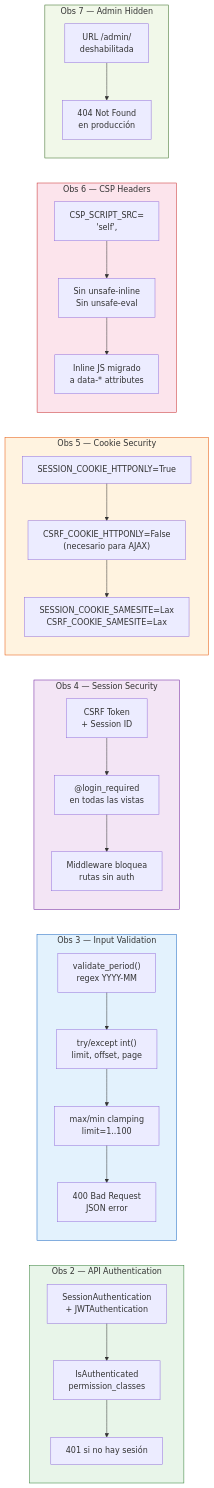
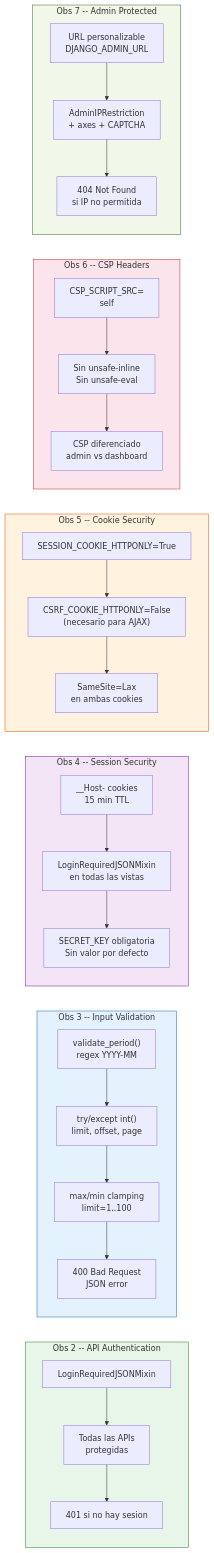
One commit to EstebanCabreraArbizu/DS_Asigando-Vs-Servicio-Vivo changed the second of 3 diagrams in docs/SECURITY_HARDENING.md. Above: the diagram before and after it, drawn with Mermaid. The commit also changed other lines of this file and 5 other files, not shown here.

````diff
--- a/docs/SECURITY_HARDENING.md
+++ b/docs/SECURITY_HARDENING.md
@@ -54,39 +64,40 @@
 ```mermaid
 flowchart LR
-    subgraph OBS2["Obs 2 — API Authentication"]
-        A1["SessionAuthentication\n+ JWTAuthentication"] --> A2["IsAuthenticated\npermission_classes"]
-        A2 --> A3["401 si no hay sesión"]
+    subgraph OBS2["Obs 2 -- API Authentication"]
+        A1["LoginRequiredJSONMixin"] --> A2["Todas las APIs\nprotegidas"]
+        A2 --> A3["401 si no hay sesion"]
     end
 
-    subgraph OBS3["Obs 3 — Input Validation"]
+    subgraph OBS3["Obs 3 -- Input Validation"]
         B1["validate_period()\nregex YYYY-MM"] --> B2["try/except int()\nlimit, offset, page"]
         B2 --> B3["max/min clamping\nlimit=1..100"]
         B3 --> B4["400 Bad Request\nJSON error"]
     end
 
-    subgraph OBS4["Obs 4 — Session Security"]
-        C1["CSRF Token\n+ Session ID"] --> C2["@login_required\nen todas las vistas"]
-        C2 --> C3["Middleware bloquea\nrutas sin auth"]
+    subgraph OBS4["Obs 4 -- Session Security"]
+        C1["__Host- cookies\n15 min TTL"] --> C2["LoginRequiredJSONMixin\nen todas las vistas"]
+        C2 --> C3["SECRET_KEY obligatoria\nSin valor por defecto"]
     end
 
-    subgraph OBS5["Obs 5 — Cookie Security"]
+    subgraph OBS5["Obs 5 -- Cookie Security"]
         D1["SESSION_COOKIE_HTTPONLY=True"] --> D2["CSRF_COOKIE_HTTPONLY=False\n(necesario para AJAX)"]
-        D2 --> D3["SESSION_COOKIE_SAMESITE=Lax\nCSRF_COOKIE_SAMESITE=Lax"]
+        D2 --> D3["SameSite=Lax\nen ambas cookies"]
     end
 
-    subgraph OBS6["Obs 6 — CSP Headers"]
-        E1["CSP_SCRIPT_SRC=\n'self',"] --> E2["Sin unsafe-inline\nSin unsafe-eval"]
-        E2 --> E3["Inline JS migrado\na data-* attributes"]
+    subgraph OBS6["Obs 6 -- CSP Headers"]
+        E1["CSP_SCRIPT_SRC=\nself"] --> E2["Sin unsafe-inline\nSin unsafe-eval"]
+        E2 --> E3["CSP diferenciado\nadmin vs dashboard"]
     end
 
-    subgraph OBS7["Obs 7 — Admin Hidden"]
-        F1["URL /admin/\ndeshabilitada"] --> F2["404 Not Found\nen producción"]
+    subgraph OBS7["Obs 7 -- Admin Protected"]
+        F1["URL personalizable\nDJANGO_ADMIN_URL"] --> F2["AdminIPRestriction\n+ axes + CAPTCHA"]
+        F2 --> F3["404 Not Found\nsi IP no permitida"]
     end
 
     style OBS2 fill:#e8f5e9,stroke:#2e7d32
     style OBS3 fill:#e3f2fd,stroke:#1565c0
     style OBS4 fill:#f3e5f5,stroke:#6a1b9a
     style OBS5 fill:#fff3e0,stroke:#e65100
     style OBS6 fill:#fce4ec,stroke:#c62828
     style OBS7 fill:#f1f8e9,stroke:#33691e
 ```
````
